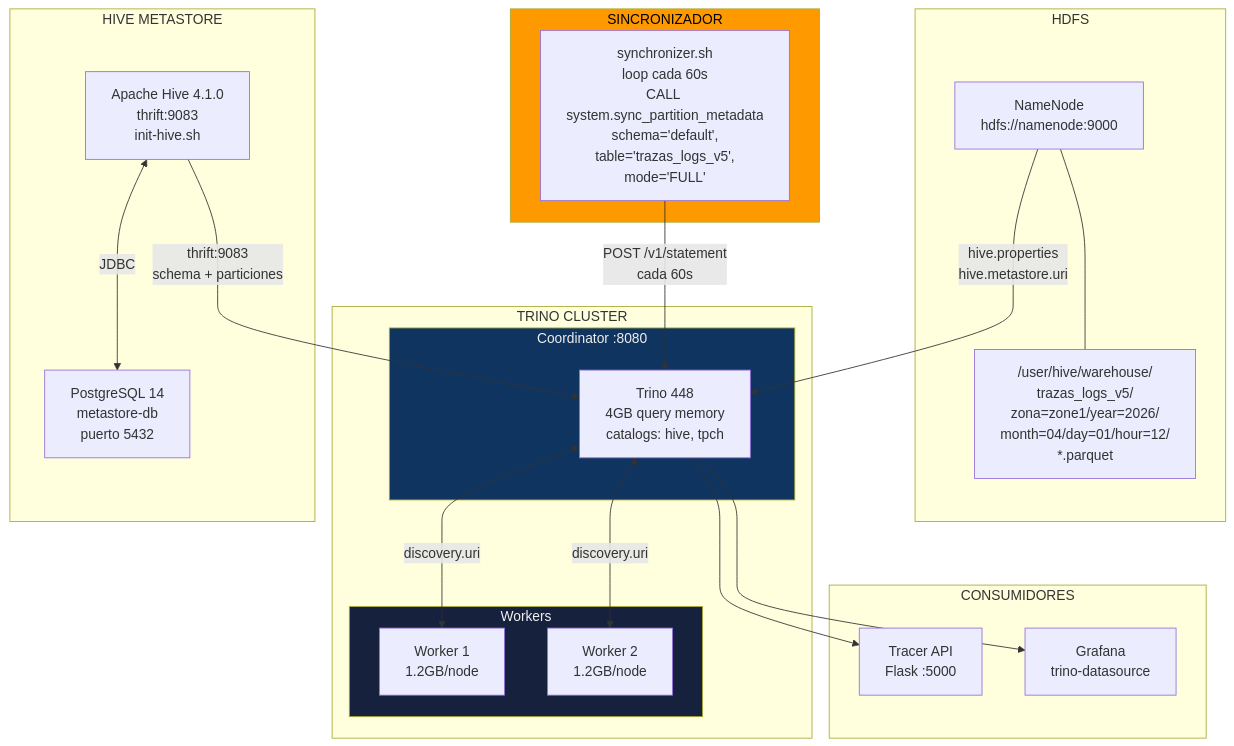
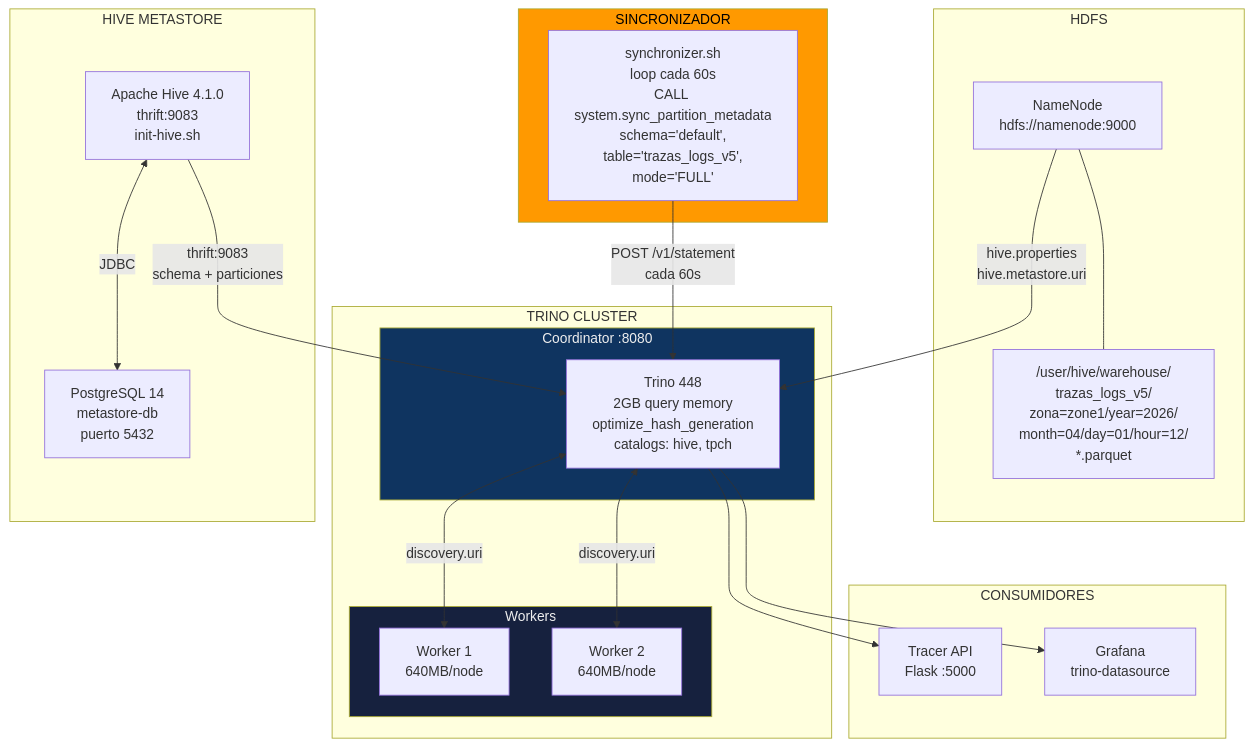
One commit to florez18399/Distributed-Monitoring changed the fourth of 5 diagrams in Arch_Diagram.md. Above: the diagram before and after it, drawn with Mermaid. The commit also changed other lines of this file and 31 other files, not shown here.

````diff
--- a/Arch_Diagram.md
+++ b/Arch_Diagram.md
@@ -307,50 +309,50 @@
 ```mermaid
 graph TB
     subgraph HDFS["HDFS"]
         NN["NameNode<br/>hdfs://namenode:9000"]
         PARQUET["/user/hive/warehouse/<br/>trazas_logs_v5/<br/>zona=zone1/year=2026/<br/>month=04/day=01/hour=12/<br/>*.parquet"]
         NN --- PARQUET
     end
 
     subgraph TRINO["TRINO CLUSTER"]
         subgraph COORDINATOR["Coordinator :8080"]
-            TC["Trino 448<br/>4GB query memory<br/>catalogs: hive, tpch"]
+            TC["Trino 448<br/>2GB query memory<br/>optimize_hash_generation<br/>catalogs: hive, tpch"]
         end
 
         subgraph WORKERS["Workers"]
-            TW1["Worker 1<br/>1.2GB/node"]
-            TW2["Worker 2<br/>1.2GB/node"]
+            TW1["Worker 1<br/>640MB/node"]
+            TW2["Worker 2<br/>640MB/node"]
         end
 
         TC <-->|"discovery.uri"| TW1
         TC <-->|"discovery.uri"| TW2
     end
 
     subgraph HIVE["HIVE METASTORE"]
         HM["Apache Hive 4.1.0<br/>thrift:9083<br/>init-hive.sh"]
         PG["PostgreSQL 14<br/>metastore-db<br/>puerto 5432"]
         HM <-->|"JDBC"| PG
     end
 
     subgraph SYNC["SINCRONIZADOR"]
         SYN["synchronizer.sh<br/>loop cada 60s<br/>CALL system.sync_partition_metadata<br/>schema='default',<br/>table='trazas_logs_v5',<br/>mode='FULL'"]
     end
 
     subgraph CONSUMERS["CONSUMIDORES"]
         FA["Tracer API<br/>Flask :5000"]
         GF["Grafana<br/>trino-datasource"]
     end
 
     %% Conexiones
     NN -->|"hive.properties<br/>hive.metastore.uri"| TC
     HM -->|"thrift:9083<br/>schema + particiones"| TC
 
     SYN -->|"POST /v1/statement<br/>cada 60s"| TC
 
     TC --> FA
     TC --> GF
 
     style SYNC fill:#ff9900,color:#000
     style COORDINATOR fill:#0f3460,color:#eee
     style WORKERS fill:#16213e,color:#eee
 ```
````
